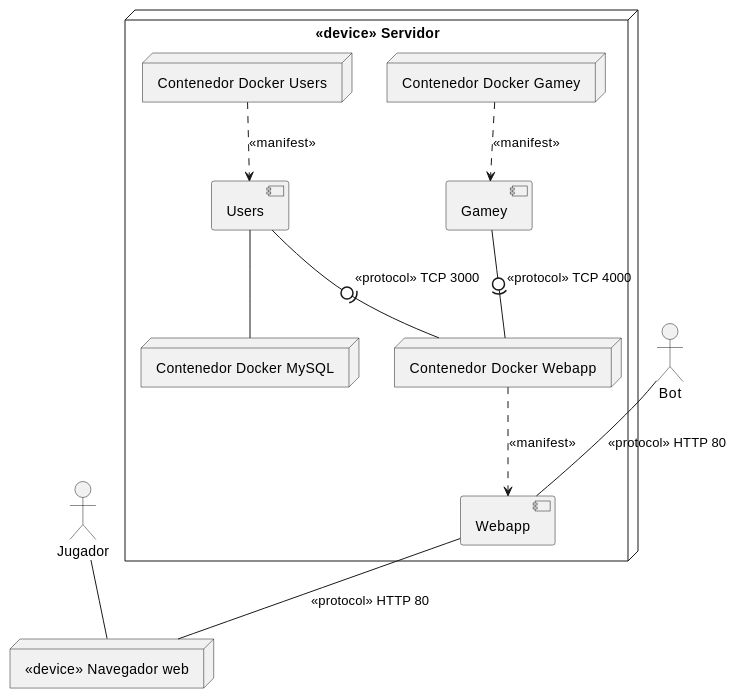
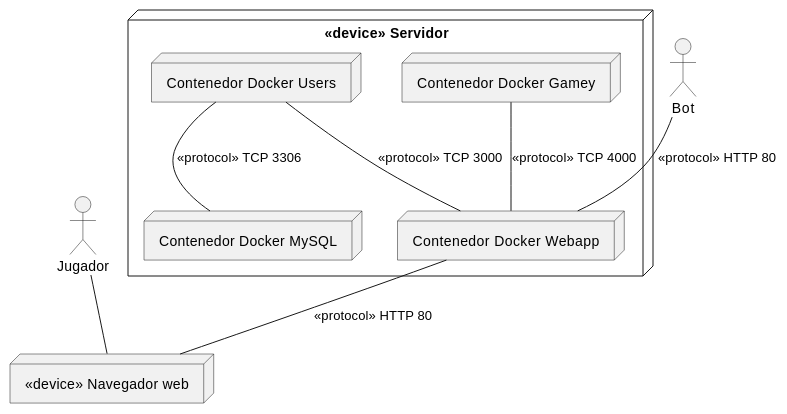
The diagram in docs/src/07_deployment_view.adoc (Arquisoft/yovi_es5b), drawn with PlantUML before and after one commit.

Commit message:
docs: 07: eliminar cajas innecesarias (#71)
Eliminar cajas de componente innecesarias.

```diff
--- a/docs/src/07_deployment_view.adoc
+++ b/docs/src/07_deployment_view.adoc
@@ -60,40 +60,32 @@
 [plantuml,"diagrama-despliegue-1",png]
 ----
 _**<Diagrama General>**_
 @startuml
 node "<<device>> Servidor" {
 node "Contenedor Docker Webapp" {
 }
 
 
 node "Contenedor Docker Gamey" {
 }
 
 node "Contenedor Docker Users" {
 }
 
 node "Contenedor Docker MySQL" {
 }
 
-component Gamey
-component Users
-Component Webapp
-
-"Contenedor Docker Gamey" -[dashed]-> Gamey : <<manifest>>
-"Contenedor Docker Users" -[dashed]-> Users : <<manifest>>
-"Contenedor Docker Webapp" -[dashed]-> Webapp : <<manifest>>
-
-"Users" -- "Contenedor Docker MySQL"
-"Gamey" -0)- "Contenedor Docker Webapp" : "<<protocol>> TCP 4000"
-"Users" -0)- "Contenedor Docker Webapp" : "<<protocol>> TCP 3000"
+"Contenedor Docker Users" -- "Contenedor Docker MySQL" : <<protocol>> TCP 3306
+"Contenedor Docker Gamey" -- "Contenedor Docker Webapp" : "<<protocol>> TCP 4000"
+"Contenedor Docker Users" -- "Contenedor Docker Webapp" : "<<protocol>> TCP 3000"
 }
 
 node "<<device>> Navegador web"
 
-"Webapp" -- "<<device>> Navegador web" : "<<protocol>> HTTP 80"
+"Contenedor Docker Webapp" -- "<<device>> Navegador web" : "<<protocol>> HTTP 80"
 actor Jugador
 actor Bot
 Jugador -- "<<device>> Navegador web"
-Bot -- "Webapp" : "<<protocol>> HTTP 80"
+Bot -- "Contenedor Docker Webapp" : "<<protocol>> HTTP 80"
 @enduml
 ----
```
